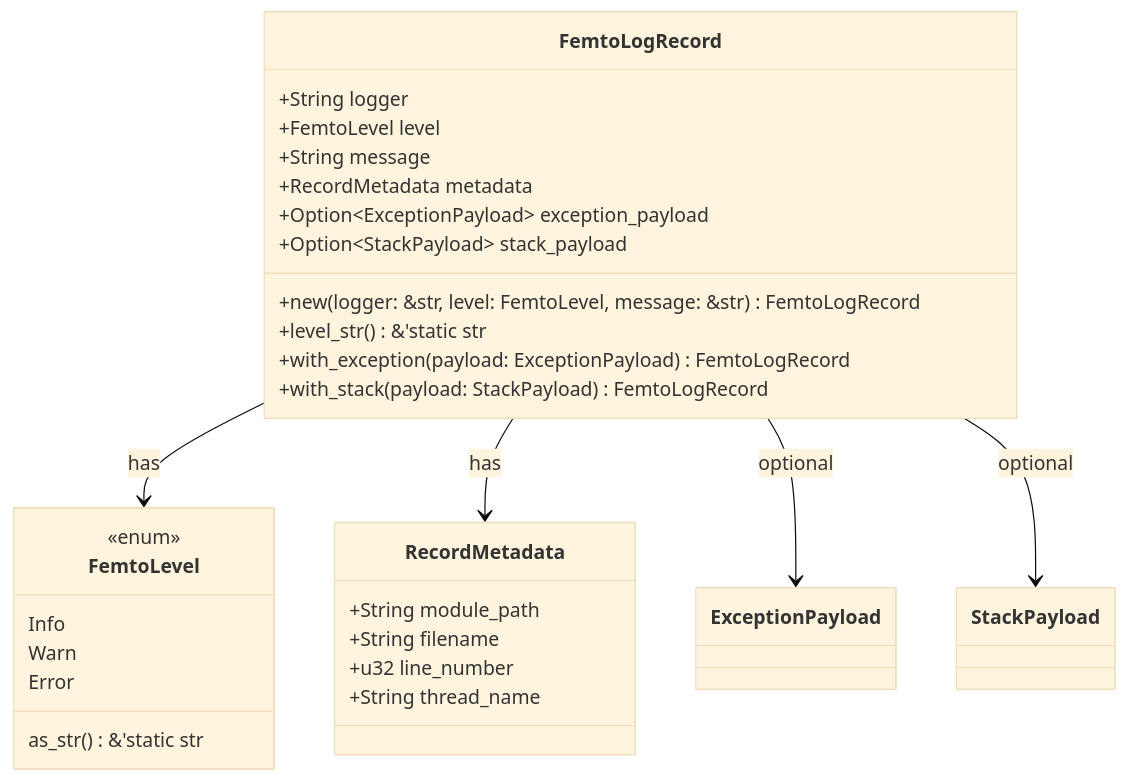
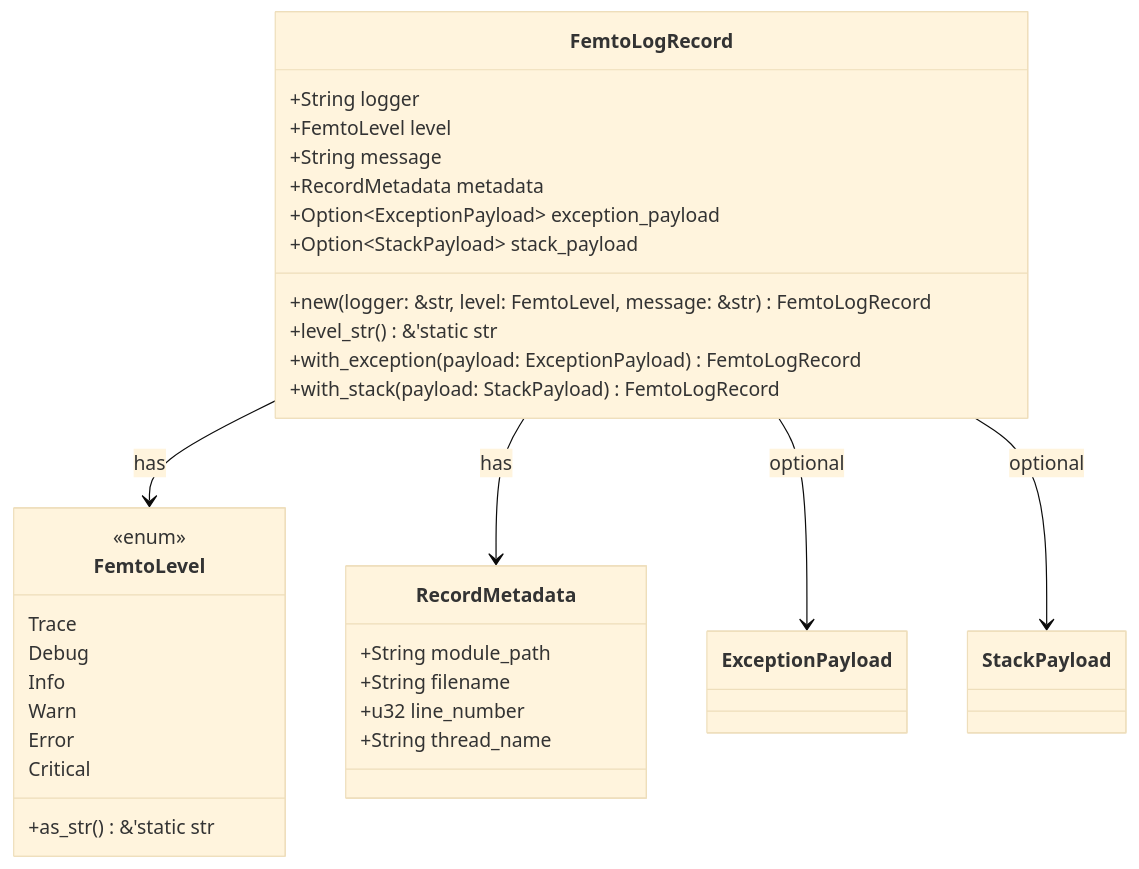
The second of 3 diagrams in docs/rust-extension.md (leynos/femtologging), drawn with Mermaid (base theme) before and after one commit. The commit also changed 1 other file, not shown here.

Commit message:
Address PR review comments for HTTP serialization
- Add missing FemtoLevel enum variants to Mermaid diagram (Trace, Debug,
  Critical) and mark as_str() as public with + prefix

- Eliminate thread String allocation in hot path by storing ThreadId
  directly and deferring format!() to serialization time via
  thread_string() method

- Extract count_fields() method for HttpSerializableRecord to reduce
  Serialize impl complexity

- Extract serialize_key_values() from serialize_optional_fields() to
  reduce cyclomatic complexity below threshold

- Convert test_record() helper to rstest fixture for consistency with
  project conventions

🤖 Generated with [Claude Code](https://claude.com/claude-code)

````diff
--- a/docs/rust-extension.md
+++ b/docs/rust-extension.md
@@ -141,38 +141,41 @@
 ```mermaid
 classDiagram
     class FemtoLevel {
         <<enum>>
+        Trace
+        Debug
         Info
         Warn
         Error
-        as_str() &'static str
+        Critical
+        +as_str() &'static str
     }
 
     class RecordMetadata {
         +String module_path
         +String filename
         +u32 line_number
         +String thread_name
     }
 
     class ExceptionPayload
     class StackPayload
 
     class FemtoLogRecord {
         +String logger
         +FemtoLevel level
         +String message
         +RecordMetadata metadata
         +Option~ExceptionPayload~ exception_payload
         +Option~StackPayload~ stack_payload
         +new(logger: &str, level: FemtoLevel, message: &str) FemtoLogRecord
         +level_str() &'static str
         +with_exception(payload: ExceptionPayload) FemtoLogRecord
         +with_stack(payload: StackPayload) FemtoLogRecord
     }
 
     FemtoLogRecord --> FemtoLevel : has
     FemtoLogRecord --> RecordMetadata : has
     FemtoLogRecord --> ExceptionPayload : optional
     FemtoLogRecord --> StackPayload : optional
 ```
````
